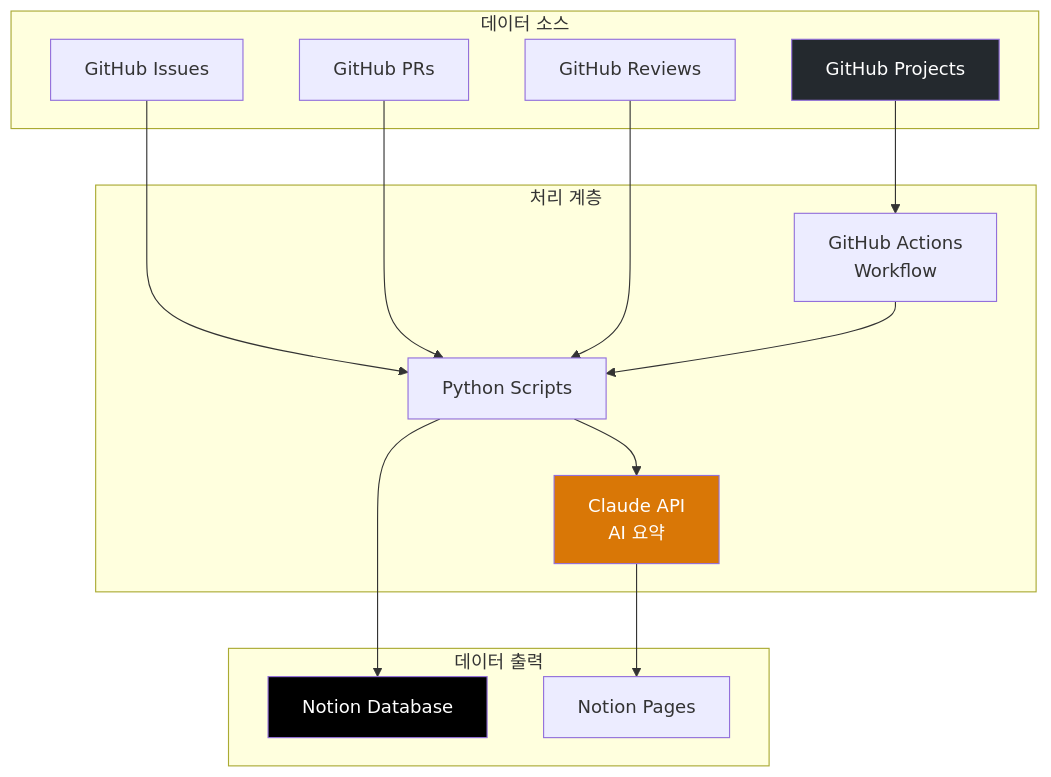
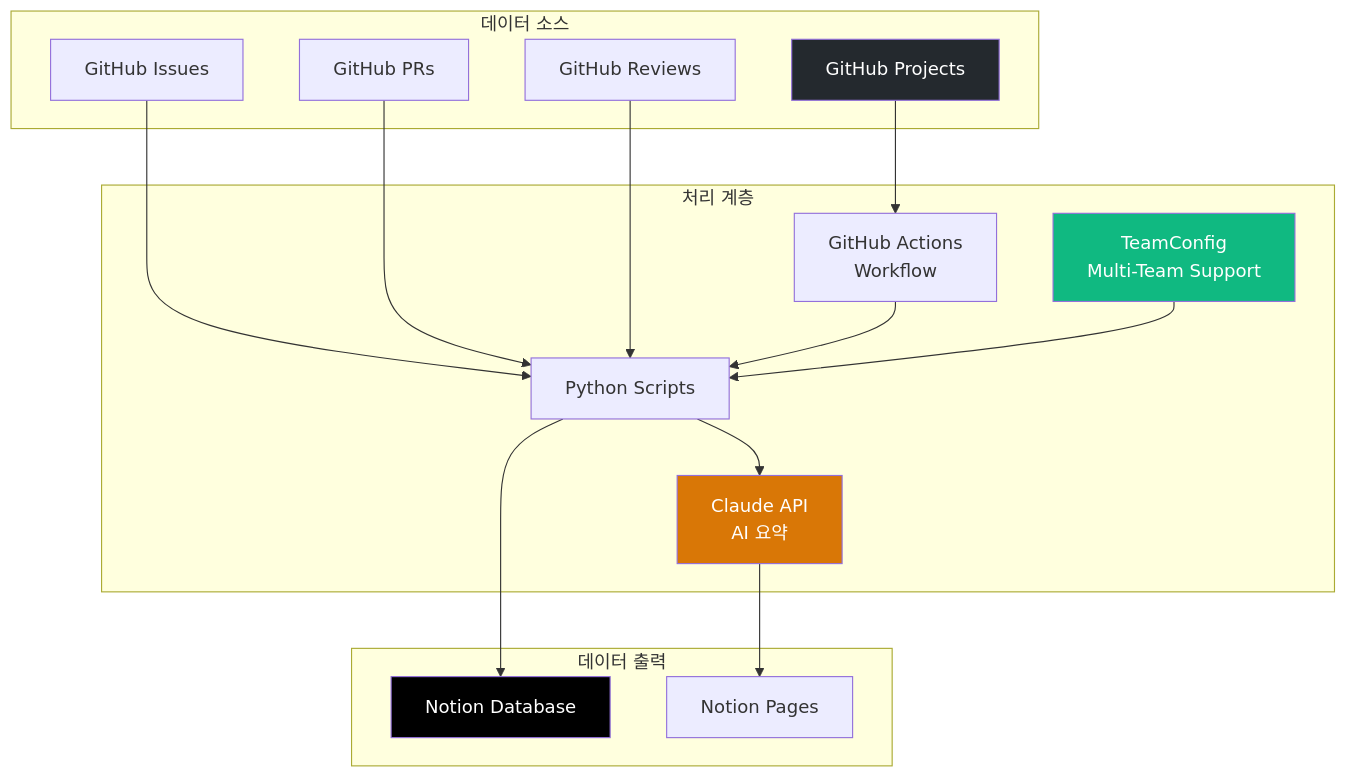
The first of 15 diagrams in docs/daily-sprint-sync/INFORMATION-ARCHITECTURE.md (sylvanus4/github-to-notion-sync), drawn with Mermaid before and after one commit. The commit also changed other lines of this file and 23 other files, not shown here.

First line of the commit message:
feat: add multi-team support for daily sprint sync workflow (#39)

````diff
--- a/docs/daily-sprint-sync/INFORMATION-ARCHITECTURE.md
+++ b/docs/daily-sprint-sync/INFORMATION-ARCHITECTURE.md
@@ -15,34 +15,37 @@
 ```mermaid
 graph TB
     subgraph "데이터 소스"
         GH[GitHub Projects]
         GHI[GitHub Issues]
         GHPR[GitHub PRs]
         GHR[GitHub Reviews]
     end
 
     subgraph "처리 계층"
         WF[GitHub Actions<br/>Workflow]
         SC[Python Scripts]
+        TC[TeamConfig<br/>Multi-Team Support]
         AI[Claude API<br/>AI 요약]
     end
 
     subgraph "데이터 출력"
         NDB[Notion Database]
         NP[Notion Pages]
     end
 
     GH --> WF
     GHI --> SC
     GHPR --> SC
     GHR --> SC
     
     WF --> SC
+    TC --> SC
     SC --> AI
     SC --> NDB
     AI --> NP
 
     style GH fill:#24292e,color:#fff
     style NDB fill:#000,color:#fff
     style AI fill:#d97706,color:#fff
+    style TC fill:#10b981,color:#fff
 ```
````
